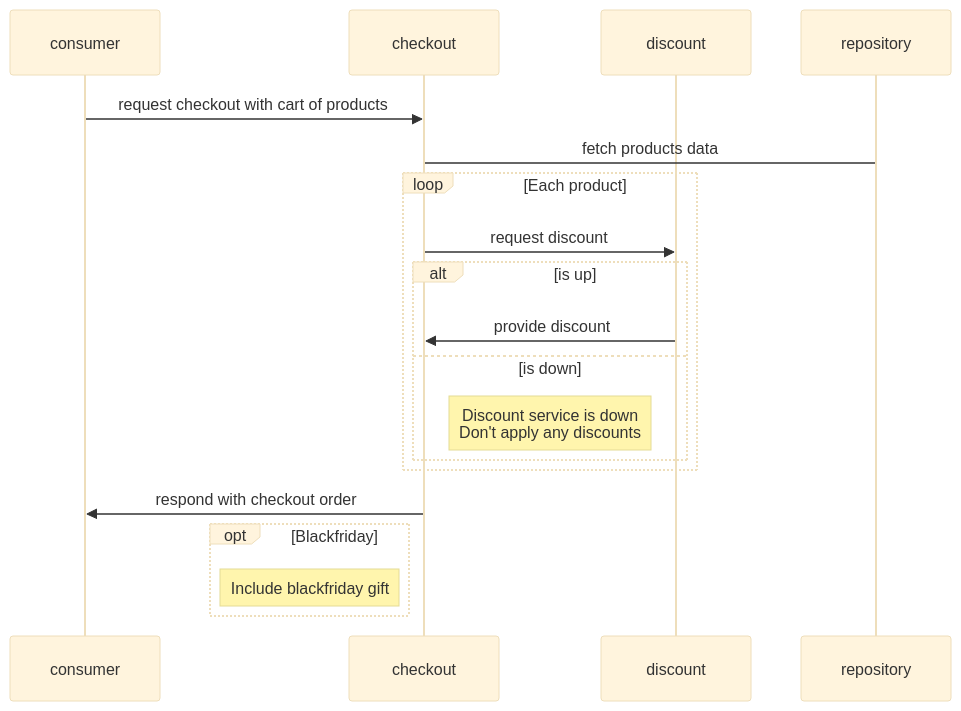
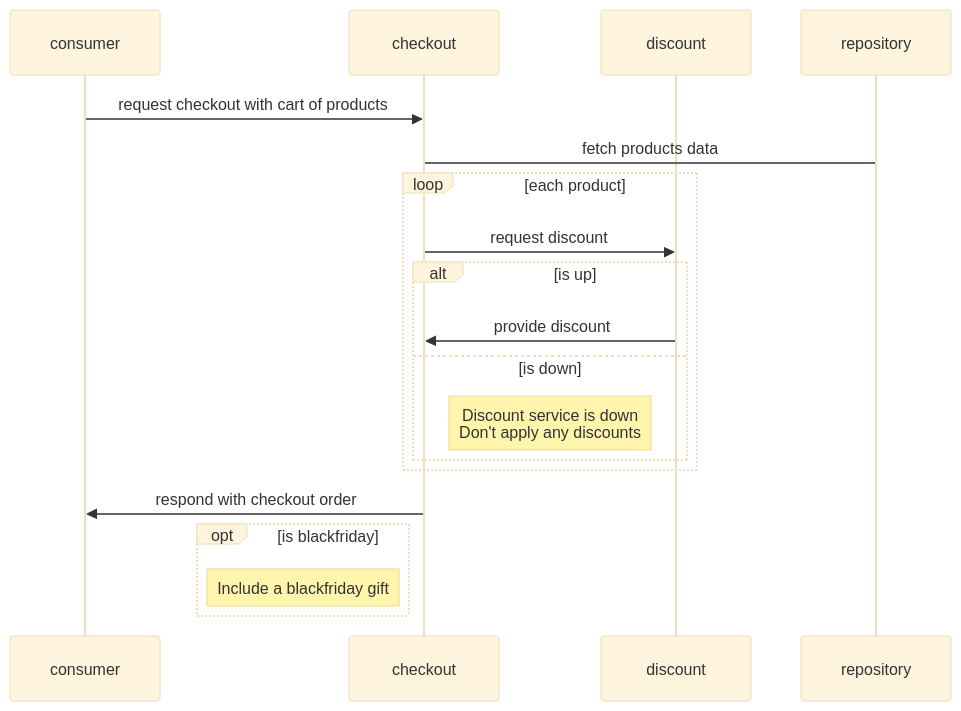
One commit to lucafmarques/hash-tech-challenge changed the second of 2 diagrams in README.md. Above: the diagram before and after it, drawn with Mermaid (base theme). The commit also changed other lines of this file and 4 other files, not shown here.

````diff
--- a/README.md
+++ b/README.md
@@ -26,23 +26,23 @@
 ```mermaid
 sequenceDiagram
     participant consumer
     participant checkout
     participant discount
     participant repository
     consumer->>checkout: request checkout with cart of products
     checkout->repository: fetch products data
-    loop Each product
+    loop each product
         checkout->>discount: request discount
         alt is up
             discount->>checkout: provide discount
         else is down
             Note right of checkout: Discount service is down<br>Don't apply any discounts
         end
     end
 
     checkout->>consumer: respond with checkout order
 
-    opt Blackfriday
-        Note left of checkout: Include blackfriday gift  
+    opt is blackfriday
+        Note left of checkout: Include a blackfriday gift  
     end
 ```
````
